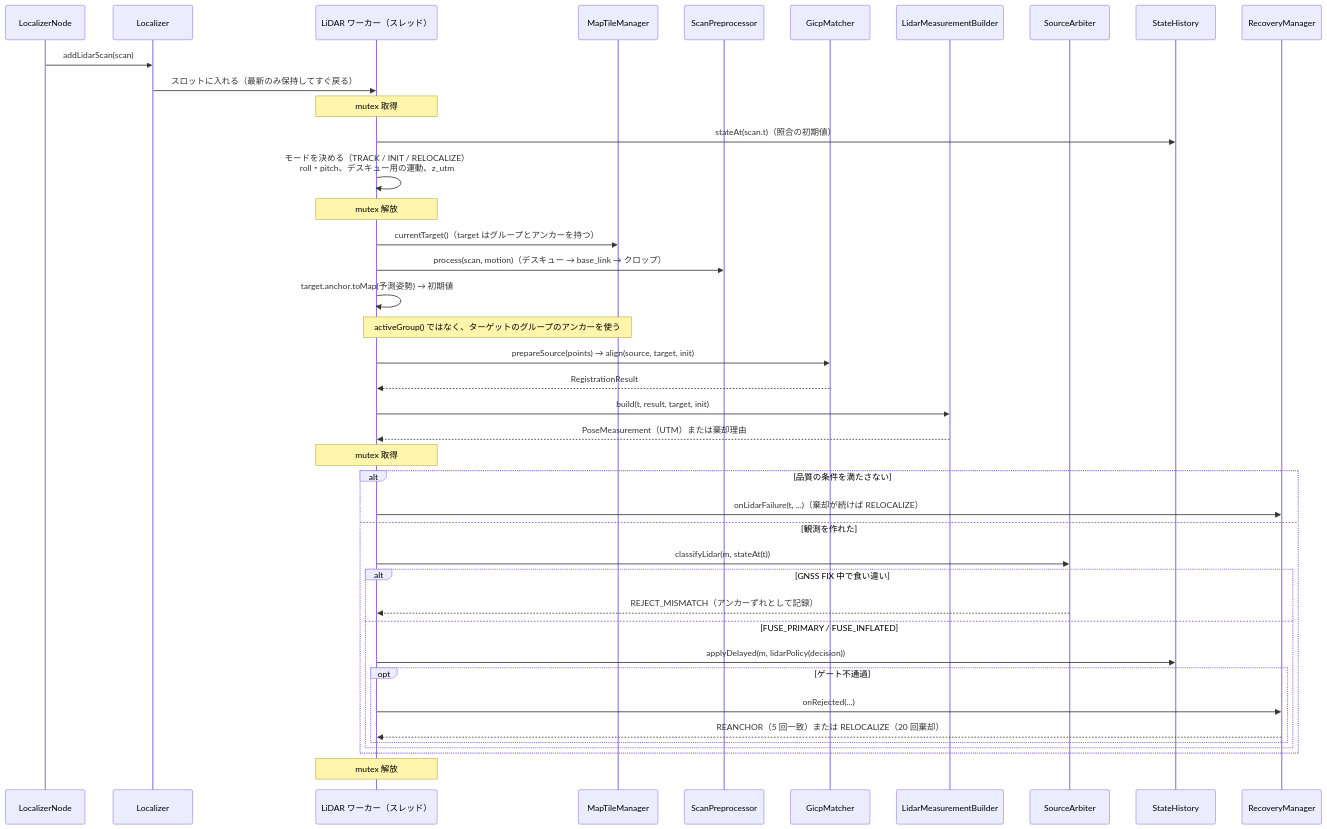
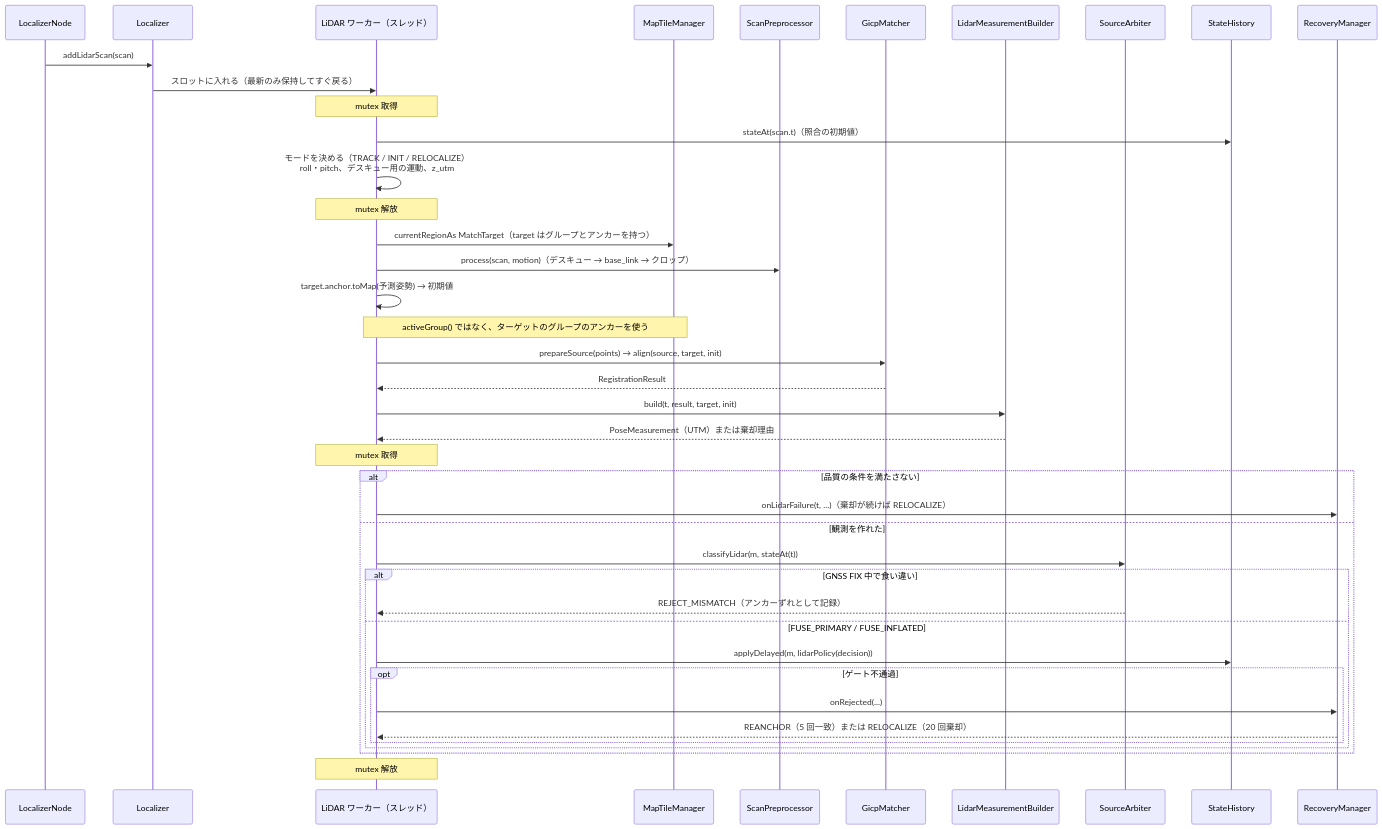
Diagram 13 of 15 in docs/architecture.md (mamoru1126/gnss_and_lidar_localization), drawn with Mermaid before and after one commit. The commit also changed other lines of this file and 48 other files, not shown here.

First line of the commit message:
feat(map): 地図のタイル化と動的ロードを単体で使えるライブラリ gll_map に切り出す

````diff
--- a/docs/architecture.md
+++ b/docs/architecture.md
@@ -1141,44 +1166,44 @@
 ```mermaid
 sequenceDiagram
   participant N as LocalizerNode
   participant L as Localizer
   participant W as LiDAR ワーカー（スレッド）
   participant MT as MapTileManager
   participant P as ScanPreprocessor
   participant G as GicpMatcher
   participant LB as LidarMeasurementBuilder
   participant AR as SourceArbiter
   participant H as StateHistory
   participant RC as RecoveryManager
 
   N->>L: addLidarScan(scan)
   L->>W: スロットに入れる（最新のみ保持してすぐ戻る）
   Note over W: mutex 取得
   W->>H: stateAt(scan.t)（照合の初期値）
   W->>W: モードを決める（TRACK / INIT / RELOCALIZE）<br/>roll・pitch、デスキュー用の運動、z_utm
   Note over W: mutex 解放
-  W->>MT: currentTarget()（target はグループとアンカーを持つ）
+  W->>MT: currentRegionAs MatchTarget（target はグループとアンカーを持つ）
   W->>P: process(scan, motion)（デスキュー → base_link → クロップ）
   W->>W: target.anchor.toMap(予測姿勢) → 初期値
   Note over W,MT: activeGroup() ではなく、ターゲットのグループのアンカーを使う
   W->>G: prepareSource(points) → align(source, target, init)
   G-->>W: RegistrationResult
   W->>LB: build(t, result, target, init)
   LB-->>W: PoseMeasurement（UTM）または棄却理由
   Note over W: mutex 取得
   alt 品質の条件を満たさない
     W->>RC: onLidarFailure(t, ...)（棄却が続けば RELOCALIZE）
   else 観測を作れた
     W->>AR: classifyLidar(m, stateAt(t))
     alt GNSS FIX 中で食い違い
       AR-->>W: REJECT_MISMATCH（アンカーずれとして記録）
     else FUSE_PRIMARY / FUSE_INFLATED
       W->>H: applyDelayed(m, lidarPolicy(decision))
       opt ゲート不通過
         W->>RC: onRejected(...)
         RC-->>W: REANCHOR（5 回一致）または RELOCALIZE（20 回棄却）
       end
     end
   end
   Note over W: mutex 解放
 ```
````
